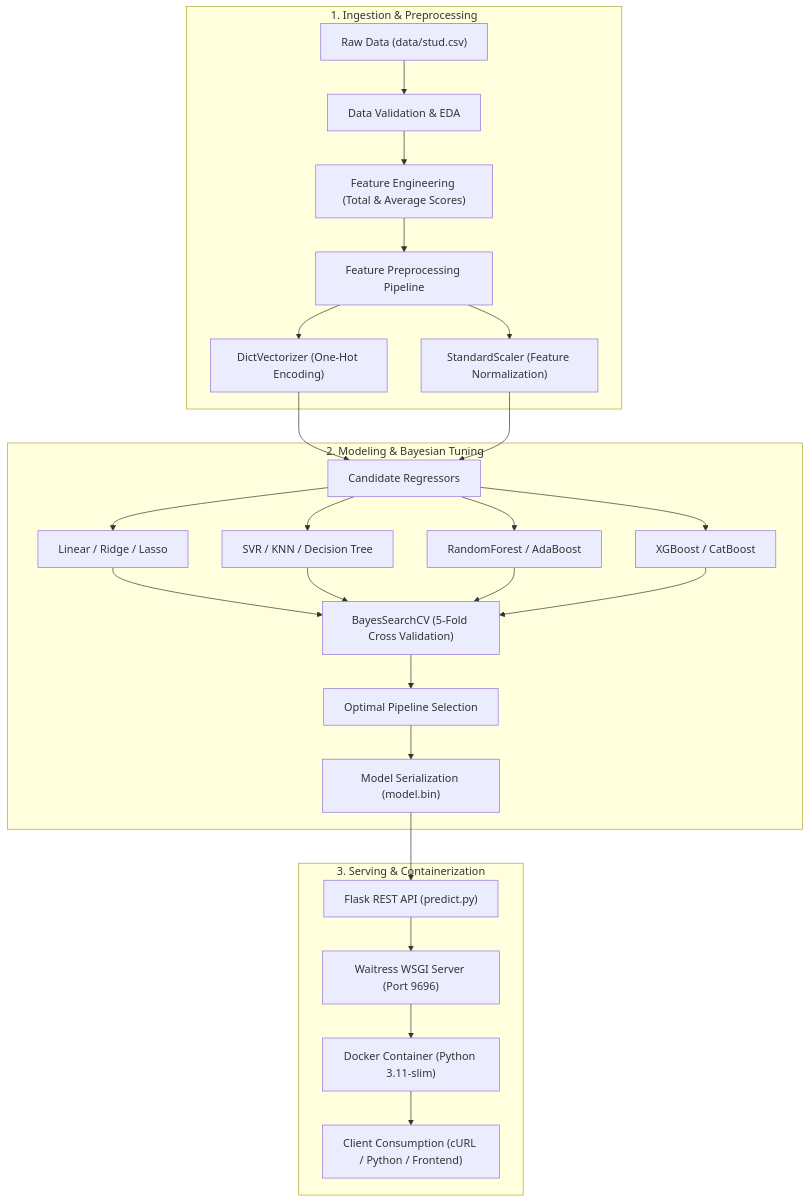
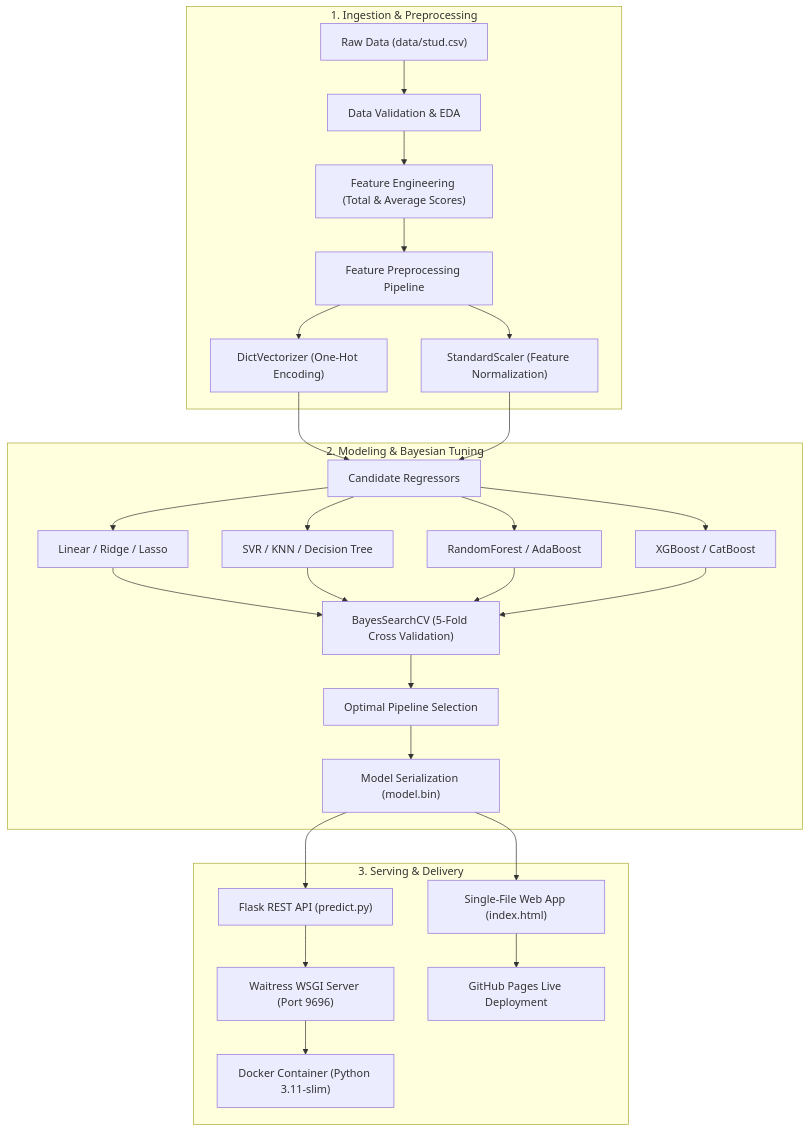
The diagram in README.md (preyal2/Student-Performance-Prediction), drawn with Mermaid before and after one commit. The commit also changed other lines of this file and 3 other files, not shown here.

Commit message:
feat: add single-file interactive web app, CORS support, and GitHub Pages deployment

````diff
--- a/README.md
+++ b/README.md
@@ -62,28 +81,29 @@
 ```mermaid
 flowchart TD
     subgraph Data_Pipeline["1. Ingestion & Preprocessing"]
         A["Raw Data (data/stud.csv)"] --> B["Data Validation & EDA"]
         B --> C["Feature Engineering (Total & Average Scores)"]
         C --> D["Feature Preprocessing Pipeline"]
         D --> D1["DictVectorizer (One-Hot Encoding)"]
         D --> D2["StandardScaler (Feature Normalization)"]
     end
 
     subgraph Model_Pipeline["2. Modeling & Bayesian Tuning"]
         D1 & D2 --> E["Candidate Regressors"]
         E --> E1["Linear / Ridge / Lasso"]
         E --> E2["SVR / KNN / Decision Tree"]
         E --> E3["RandomForest / AdaBoost"]
         E --> E4["XGBoost / CatBoost"]
         E1 & E2 & E3 & E4 --> F["BayesSearchCV (5-Fold Cross Validation)"]
         F --> G["Optimal Pipeline Selection"]
         G --> H["Model Serialization (model.bin)"]
     end
 
-    subgraph Deployment_Pipeline["3. Serving & Containerization"]
+    subgraph Deployment_Pipeline["3. Serving & Delivery"]
         H --> I["Flask REST API (predict.py)"]
         I --> J["Waitress WSGI Server (Port 9696)"]
         J --> K["Docker Container (Python 3.11-slim)"]
-        K --> L["Client Consumption (cURL / Python / Frontend)"]
+        H --> L["Single-File Web App (index.html)"]
+        L --> M["GitHub Pages Live Deployment"]
     end
 ```
````
